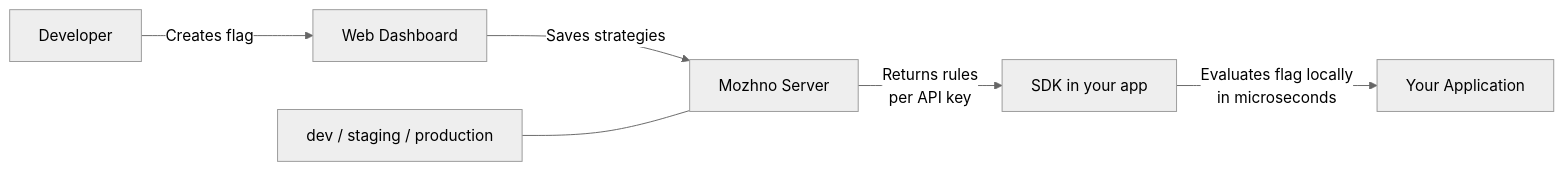
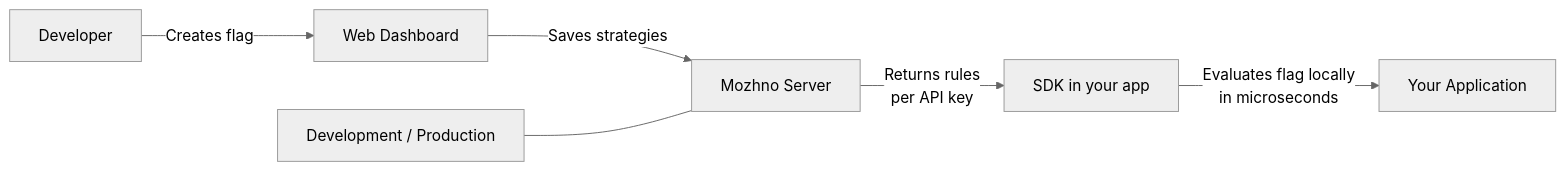
The diagram in docs/en/guide/getting-started.md (edgar-dev20/mozhno), drawn with Mermaid (neutral theme) before and after one commit. The commit also changed other lines of this file and 33 other files, not shown here.

Commit message:
docs: rewrite getting-started, fix env model, mermaid latin labels, table header brand styling, SDK+arch corrections

````diff
--- a/docs/en/guide/getting-started.md
+++ b/docs/en/guide/getting-started.md
@@ -15,8 +15,8 @@
 ```mermaid
 graph LR
     A[Developer] -->|Creates flag| B[Web Dashboard]
     B -->|Saves strategies| C[Mozhno Server]
     C -->|Returns rules<br/>per API key| D[SDK in your app]
     D -->|Evaluates flag locally<br/>in microseconds| E[Your Application]
-    F[dev / staging / production] --- C
+    F[Development / Production] --- C
 ```
````
